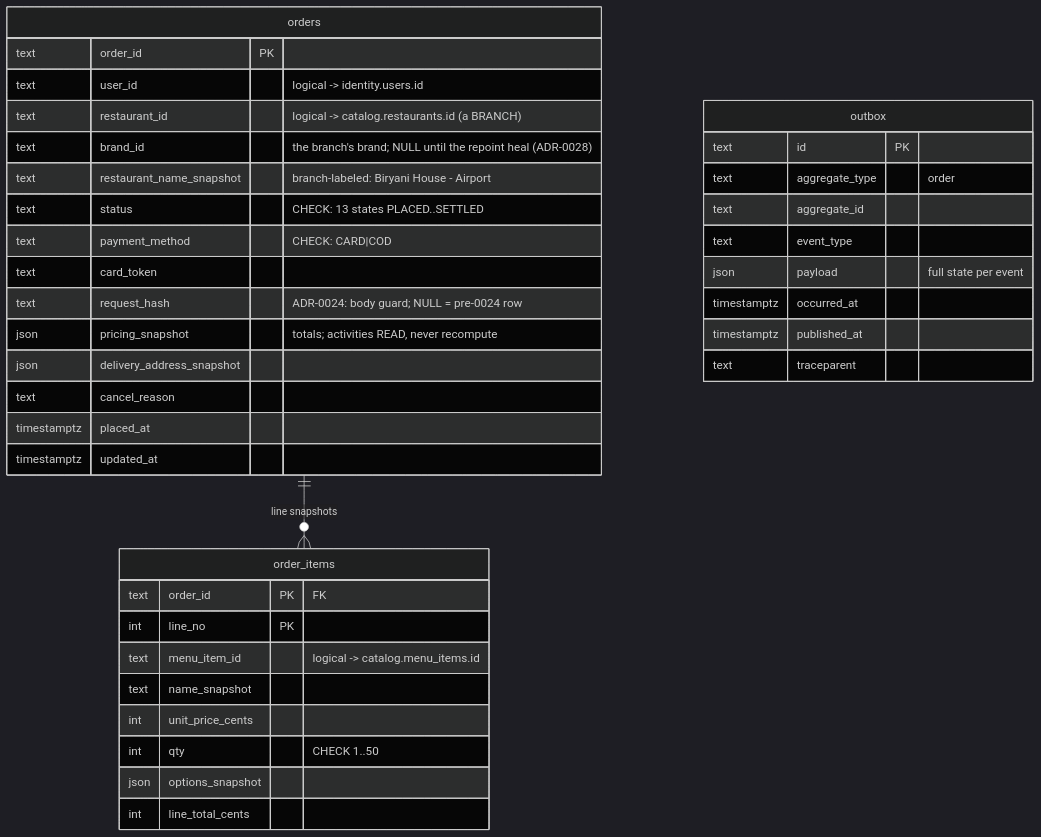
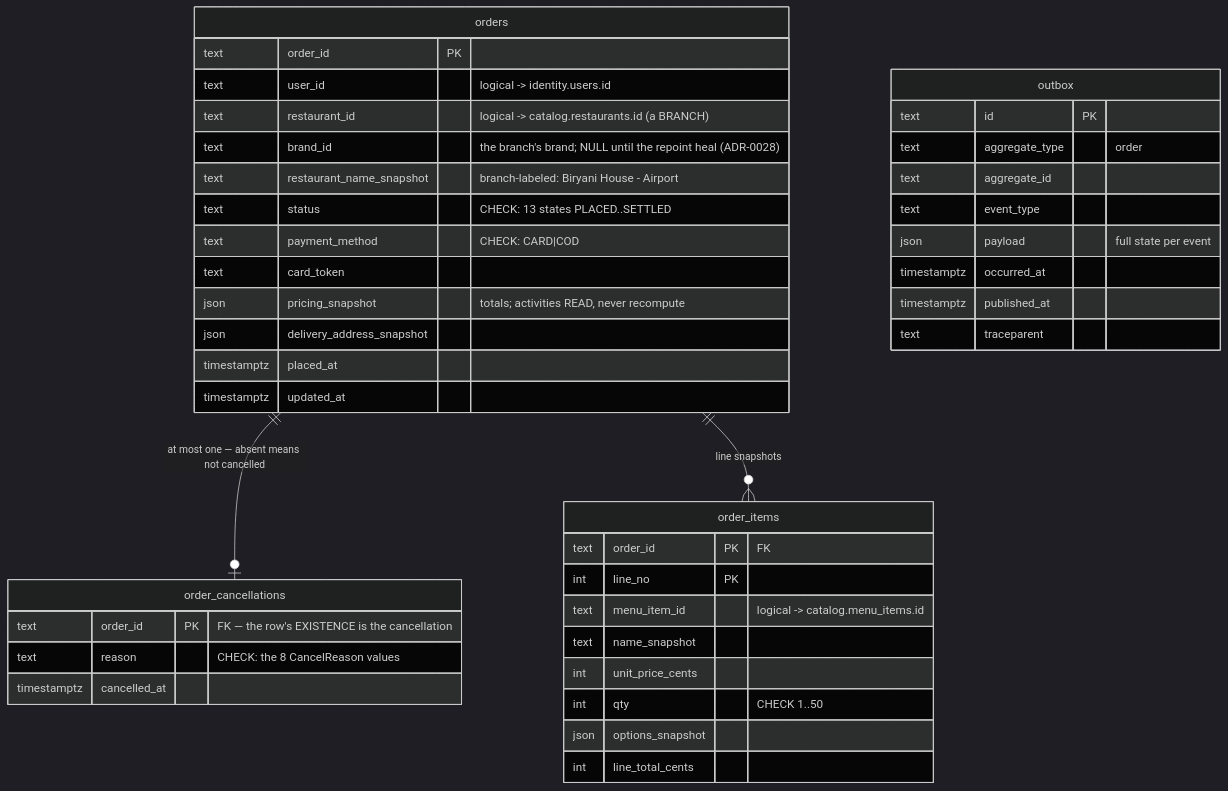
Before and after one commit to Aizazahmed-7/SmartFoodOps: the fourth of 7 diagrams in docs/erd.md, drawn with Mermaid (dark theme). The commit also changed other lines of this file and 8 other files, not shown here.

Commit message:
add cancelled reason new table

````diff
--- a/docs/erd.md
+++ b/docs/erd.md
@@ -276,40 +276,44 @@
 ```mermaid
 erDiagram
     orders {
         text order_id PK
         text user_id "logical -> identity.users.id"
         text restaurant_id "logical -> catalog.restaurants.id (a BRANCH)"
         text brand_id "the branch's brand; NULL until the repoint heal (ADR-0028)"
         text restaurant_name_snapshot "branch-labeled: Biryani House - Airport"
         text status "CHECK: 13 states PLACED..SETTLED"
         text payment_method "CHECK: CARD|COD"
         text card_token
-        text request_hash "ADR-0024: body guard; NULL = pre-0024 row"
         json pricing_snapshot "totals; activities READ, never recompute"
         json delivery_address_snapshot
-        text cancel_reason
         timestamptz placed_at
         timestamptz updated_at
+    }
+    order_cancellations {
+        text order_id PK "FK — the row's EXISTENCE is the cancellation"
+        text reason "CHECK: the 8 CancelReason values"
+        timestamptz cancelled_at
     }
     order_items {
         text order_id PK "FK"
         int line_no PK
         text menu_item_id "logical -> catalog.menu_items.id"
         text name_snapshot
         int unit_price_cents
         int qty "CHECK 1..50"
         json options_snapshot
         int line_total_cents
     }
     outbox {
         text id PK
         text aggregate_type "order"
         text aggregate_id
         text event_type
         json payload "full state per event"
         timestamptz occurred_at
         timestamptz published_at
         text traceparent
     }
+    orders ||--o| order_cancellations : "at most one — absent means not cancelled"
     orders ||--o{ order_items : "line snapshots"
 ```
````
